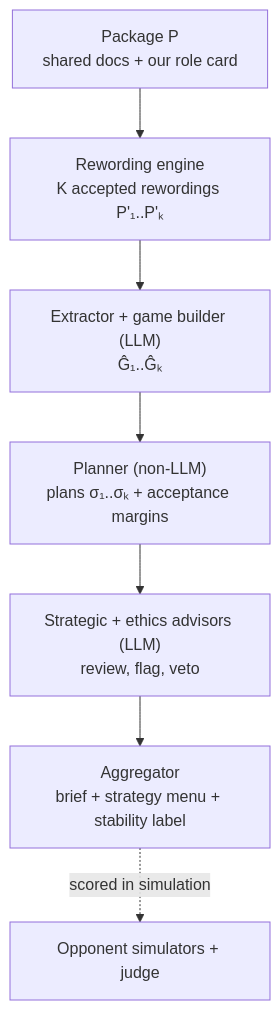
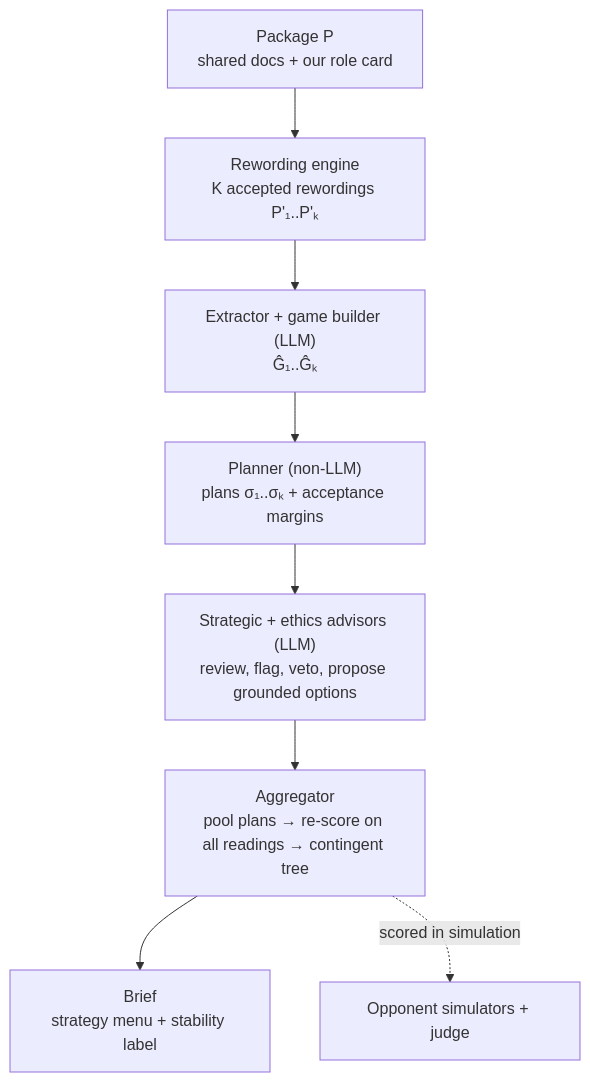
The diagram in README.md (Jandresol/Perturbation-Robust-Negotiation-Advisor), drawn with Mermaid before and after one commit. The commit also changed other lines of this file and 1 other file, not shown here.

````diff
--- a/README.md
+++ b/README.md
@@ -70,9 +82,10 @@
 ```mermaid
 flowchart TD
     P["Package P<br/>shared docs + our role card"] --> R["Rewording engine<br/>K accepted rewordings P'₁..P'ₖ"]
     R --> X["Extractor + game builder (LLM)<br/>Ĝ₁..Ĝₖ"]
     X --> PL["Planner (non-LLM)<br/>plans σ₁..σₖ + acceptance margins"]
-    PL --> ADV["Strategic + ethics advisors (LLM)<br/>review, flag, veto"]
-    ADV --> AGG["Aggregator<br/>brief + strategy menu + stability label"]
+    PL --> ADV["Strategic + ethics advisors (LLM)<br/>review, flag, veto, propose grounded options"]
+    ADV --> AGG["Aggregator<br/>pool plans → re-score on all readings → contingent tree"]
+    AGG --> OUT["Brief<br/>strategy menu + stability label"]
     AGG -. scored in simulation .-> SIM["Opponent simulators + judge"]
 ```
````
